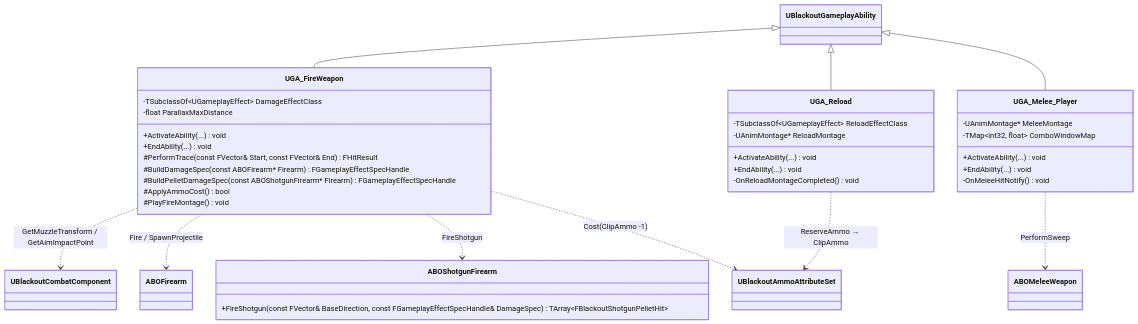
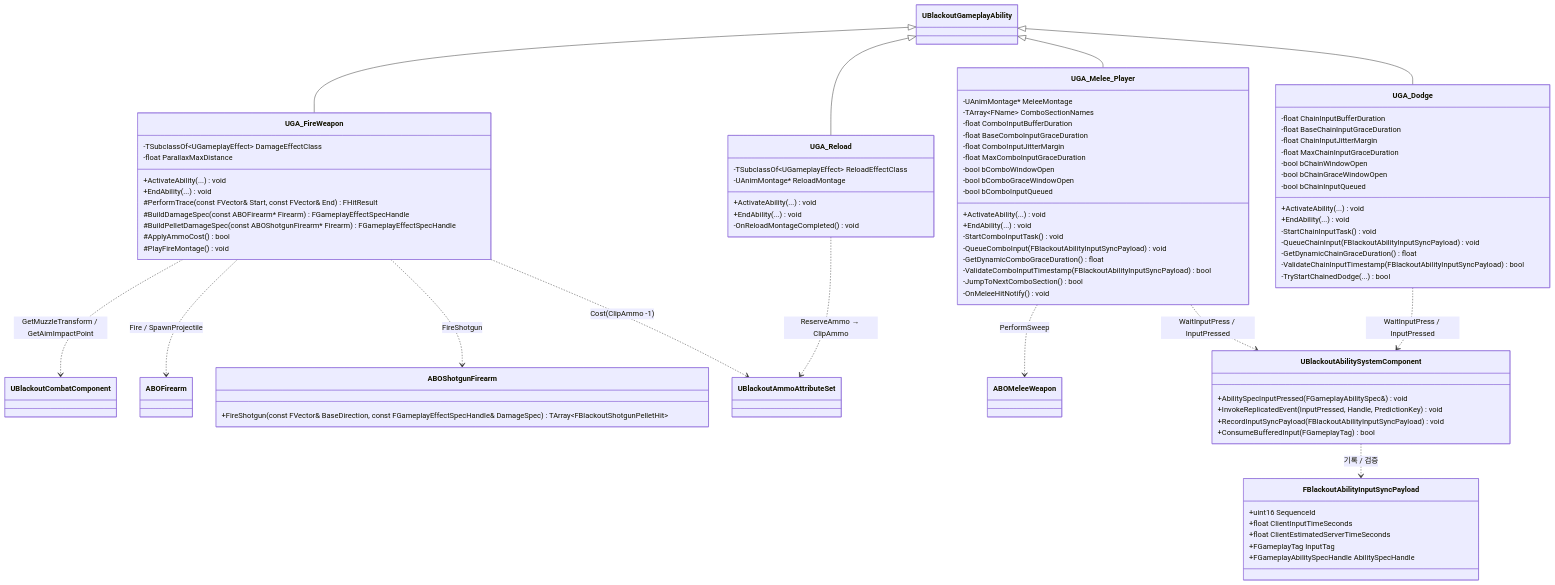
One commit to seongwon1579/ProjectBlackout changed the diagram in Docs/Combat/04_Combat_Abilities.md. Above: the diagram before and after it, drawn with Mermaid. The commit also changed other lines of this file and 4 other files, not shown here.

````diff
--- a/Docs/Combat/04_Combat_Abilities.md
+++ b/Docs/Combat/04_Combat_Abilities.md
@@ -9,6 +9,22 @@
     UBlackoutGameplayAbility <|-- UGA_FireWeapon
     UBlackoutGameplayAbility <|-- UGA_Reload
     UBlackoutGameplayAbility <|-- UGA_Melee_Player
+    UBlackoutGameplayAbility <|-- UGA_Dodge
+
+    class UBlackoutAbilitySystemComponent {
+        +AbilitySpecInputPressed(FGameplayAbilitySpec&) void
+        +InvokeReplicatedEvent(InputPressed, Handle, PredictionKey) void
+        +RecordInputSyncPayload(FBlackoutAbilityInputSyncPayload) void
+        +ConsumeBufferedInput(FGameplayTag) bool
+    }
+
+    class FBlackoutAbilityInputSyncPayload {
+        +uint16 SequenceId
+        +float ClientInputTimeSeconds
+        +float ClientEstimatedServerTimeSeconds
+        +FGameplayTag InputTag
+        +FGameplayAbilitySpecHandle AbilitySpecHandle
+    }
 
     class ABOShotgunFirearm {
         +FireShotgun(const FVector& BaseDirection, const FGameplayEffectSpecHandle& DamageSpec) TArray~FBlackoutShotgunPelletHit~
@@ -36,10 +52,39 @@
 
     class UGA_Melee_Player {
         -UAnimMontage* MeleeMontage
-        -TMap~int32, float~ ComboWindowMap
+        -TArray~FName~ ComboSectionNames
+        -float ComboInputBufferDuration
+        -float BaseComboInputGraceDuration
+        -float ComboInputJitterMargin
+        -float MaxComboInputGraceDuration
+        -bool bComboWindowOpen
+        -bool bComboGraceWindowOpen
+        -bool bComboInputQueued
         +ActivateAbility(...) void
         +EndAbility(...) void
+        -StartComboInputTask() void
+        -QueueComboInput(FBlackoutAbilityInputSyncPayload) void
+        -GetDynamicComboGraceDuration() float
+        -ValidateComboInputTimestamp(FBlackoutAbilityInputSyncPayload) bool
+        -JumpToNextComboSection() bool
         -OnMeleeHitNotify() void
+    }
+
+    class UGA_Dodge {
+        -float ChainInputBufferDuration
+        -float BaseChainInputGraceDuration
+        -float ChainInputJitterMargin
+        -float MaxChainInputGraceDuration
+        -bool bChainWindowOpen
+        -bool bChainGraceWindowOpen
+        -bool bChainInputQueued
+        +ActivateAbility(...) void
+        +EndAbility(...) void
+        -StartChainInputTask() void
+        -QueueChainInput(FBlackoutAbilityInputSyncPayload) void
+        -GetDynamicChainGraceDuration() float
+        -ValidateChainInputTimestamp(FBlackoutAbilityInputSyncPayload) bool
+        -TryStartChainedDodge(...) bool
     }
 
     UGA_FireWeapon ..> UBlackoutCombatComponent : GetMuzzleTransform / GetAimImpactPoint
@@ -48,4 +93,7 @@
     UGA_FireWeapon ..> UBlackoutAmmoAttributeSet : Cost(ClipAmmo -1)
     UGA_Reload ..> UBlackoutAmmoAttributeSet : ReserveAmmo → ClipAmmo
     UGA_Melee_Player ..> ABOMeleeWeapon : PerformSweep
+    UGA_Melee_Player ..> UBlackoutAbilitySystemComponent : WaitInputPress / InputPressed
+    UGA_Dodge ..> UBlackoutAbilitySystemComponent : WaitInputPress / InputPressed
+    UBlackoutAbilitySystemComponent ..> FBlackoutAbilityInputSyncPayload : 기록 / 검증
 ```
````
